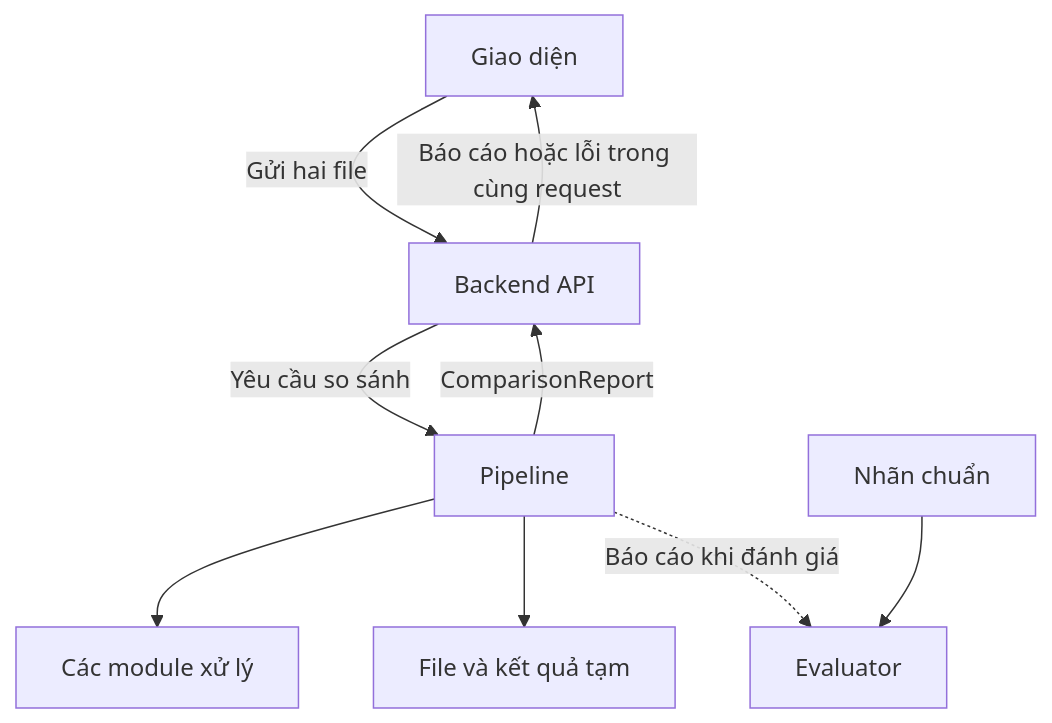
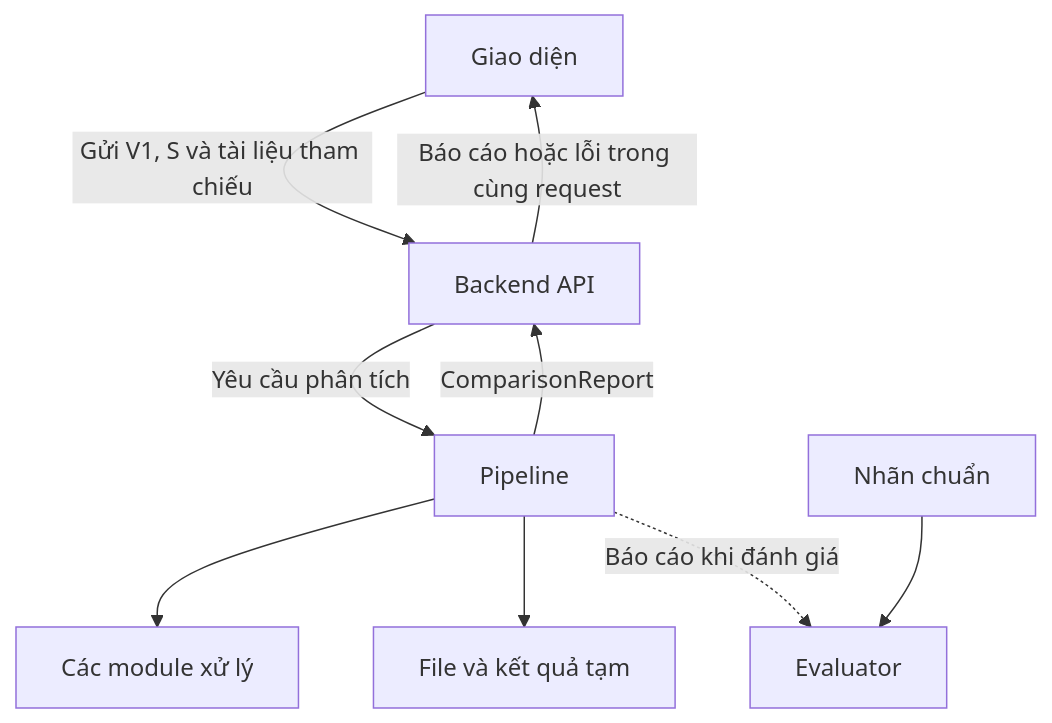
Before and after one commit to Lyra1603/group4_legal_document_change_detection: the first of 2 diagrams in docs/architecture.md, drawn with Mermaid. The commit also changed other lines of this file and 7 other files, not shown here.

````diff
--- a/docs/architecture.md
+++ b/docs/architecture.md
@@ -81,11 +72,11 @@
 ```mermaid
 flowchart TD
-    UI["Giao diện"] -->|"Gửi hai file"| API["Backend API"]
-    API -->|"Yêu cầu so sánh"| PIPE["Pipeline"]
+    UI["Giao diện"] -->|"Gửi V1, S và tài liệu tham chiếu"| API["Backend API"]
+    API -->|"Yêu cầu phân tích"| PIPE["Pipeline"]
     PIPE -->|"ComparisonReport"| API
     API -->|"Báo cáo hoặc lỗi trong cùng request"| UI
     PIPE --> CORE["Các module xử lý"]
     PIPE --> TEMP["File và kết quả tạm"]
     GOLD["Nhãn chuẩn"] --> EVAL["Evaluator"]
     PIPE -.->|"Báo cáo khi đánh giá"| EVAL
 ```
````
